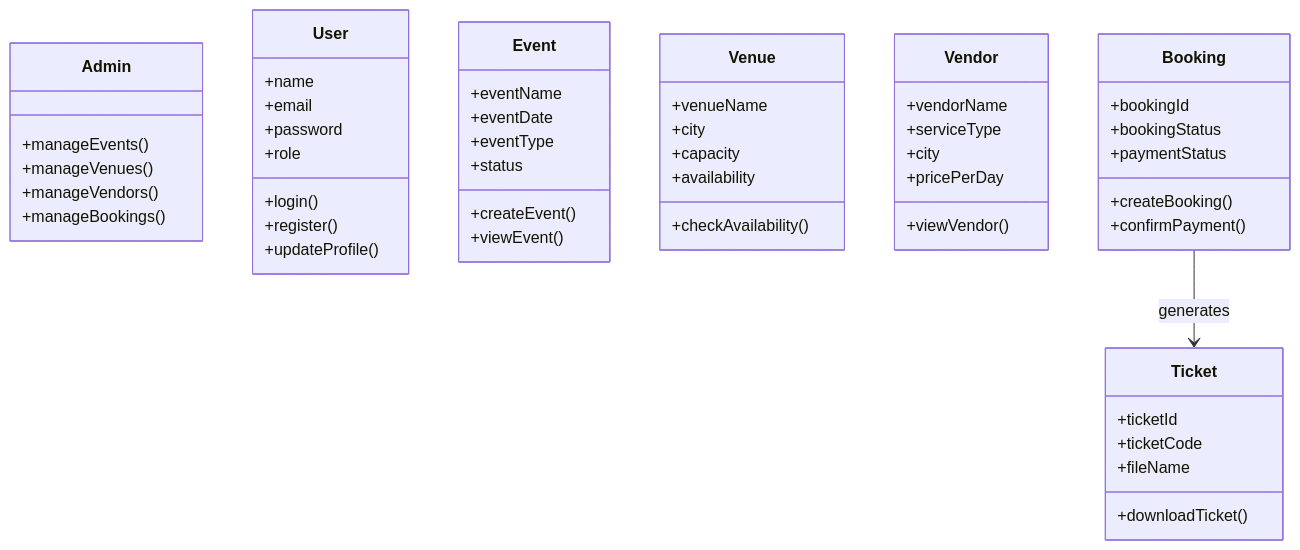
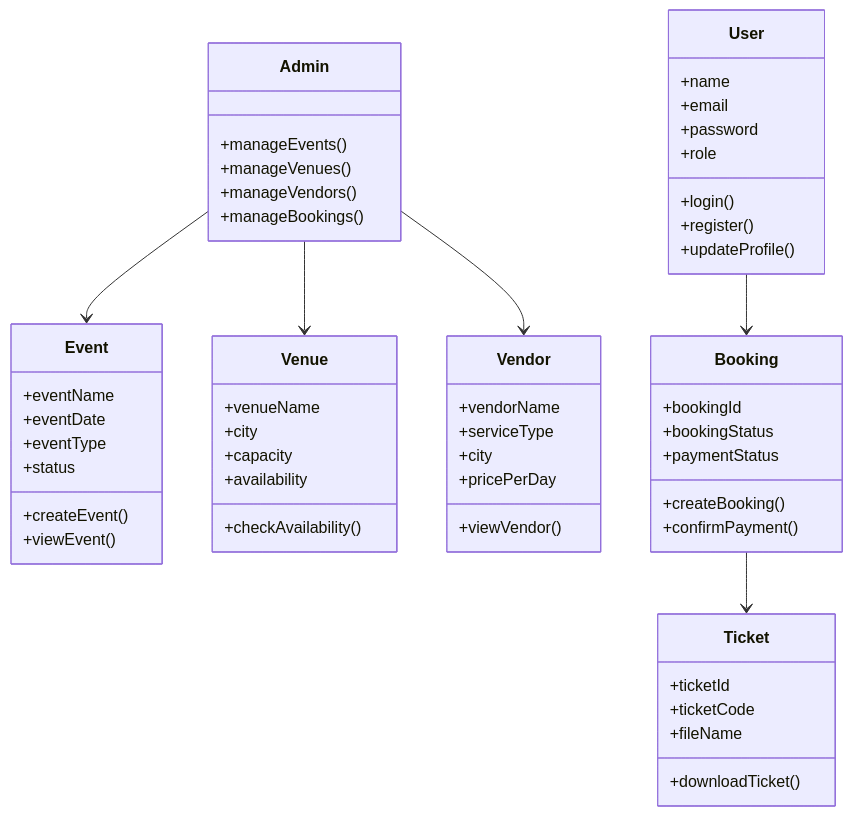
One commit to sreyashibala2003/eventzen--event-management- changed the second of 3 diagrams in README.md. Above: the diagram before and after it, drawn with Mermaid.

Commit message:
Minor changes in README.md

````diff
--- a/README.md
+++ b/README.md
@@ -76,61 +76,65 @@
 ```mermaid
 classDiagram
     class Admin {
         +manageEvents()
         +manageVenues()
         +manageVendors()
         +manageBookings()
     }
 
     class User {
         +name
         +email
         +password
         +role
         +login()
         +register()
         +updateProfile()
     }
 
     class Event {
         +eventName
         +eventDate
         +eventType
         +status
         +createEvent()
         +viewEvent()
     }
 
     class Venue {
         +venueName
         +city
         +capacity
         +availability
         +checkAvailability()
     }
 
     class Vendor {
         +vendorName
         +serviceType
         +city
         +pricePerDay
         +viewVendor()
     }
 
     class Booking {
         +bookingId
         +bookingStatus
         +paymentStatus
         +createBooking()
         +confirmPayment()
     }
 
     class Ticket {
         +ticketId
         +ticketCode
         +fileName
         +downloadTicket()
     }
 
-    Booking --> Ticket : generates
+    Admin --> Event
+    Admin --> Venue
+    Admin --> Vendor
+    User --> Booking
+    Booking --> Ticket
 ```
````
